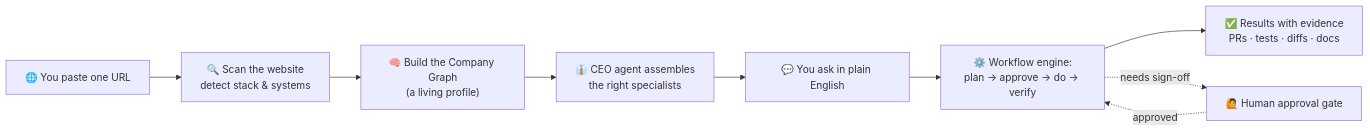
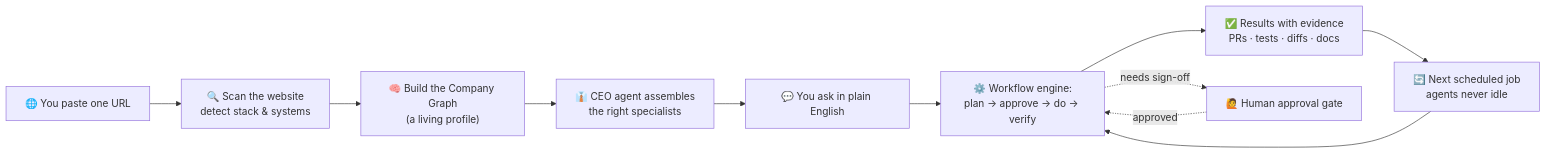
The diagram in README.md (strikersam/autonomous-ai-agency), drawn with Mermaid before and after one commit. The commit also changed other lines of this file and 1 other file, not shown here.

````diff
--- a/README.md
+++ b/README.md
@@ -50,11 +43,13 @@
 ```mermaid
 flowchart LR
     A["🌐 You paste one URL"] --> B["🔍 Scan the website<br/>detect stack & systems"]
     B --> C["🧠 Build the Company Graph<br/>(a living profile)"]
     C --> D["👔 CEO agent assembles<br/>the right specialists"]
     D --> E["💬 You ask in plain English"]
     E --> F["⚙️ Workflow engine:<br/>plan → approve → do → verify"]
     F --> G["✅ Results with evidence<br/>PRs · tests · diffs · docs"]
     F -. "needs sign-off" .-> H["🙋 Human approval gate"]
     H -. "approved" .-> F
+    G --> I["🔄 Next scheduled job<br/>agents never idle"]
+    I --> F
 ```
````
